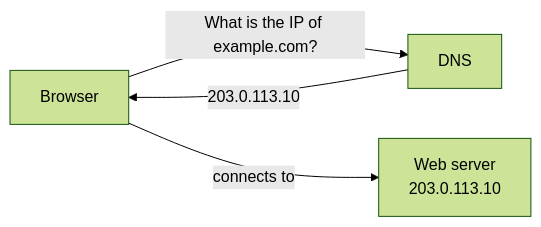
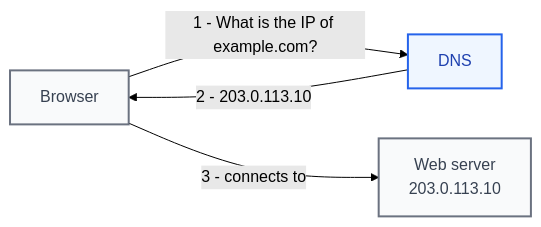
The diagram in docs/diagrams/source/dgm-10-dns-resolution.mmd (kiavash599/conduit-control-center), drawn with Mermaid (forest theme) before and after one commit. The commit also changed other lines of this file and 36 other files, not shown here.

Commit message:
docs: add networking chapter diagrams

```diff
--- a/docs/diagrams/source/dgm-10-dns-resolution.mmd
+++ b/docs/diagrams/source/dgm-10-dns-resolution.mmd
@@ -1,5 +1,13 @@
-%% DGM-10 dns-resolution — the browser asks DNS for the IP of a name, then connects to it
+%% DGM-10 dns-resolution - the browser asks DNS for the IP of a name, then connects to it
 flowchart LR
-  B[Browser] -->|What is the IP of example.com?| DNS[DNS]
-  DNS -->|203.0.113.10| B
-  B -->|connects to| S[Web server<br/>203.0.113.10]
+  B[Browser] -->|1 - What is the IP of example.com?| DNS[DNS]
+  DNS -->|2 - 203.0.113.10| B
+  B -->|3 - connects to| S[Web server<br/>203.0.113.10]
+
+  classDef primary fill:#EFF6FF,stroke:#2563EB,color:#1E40AF,stroke-width:2px;
+  classDef neutral fill:#F9FAFB,stroke:#6B7280,color:#374151,stroke-width:2px;
+  classDef success fill:#F0FDF4,stroke:#16A34A,color:#166534,stroke-width:2px;
+  classDef warning fill:#FFFBEB,stroke:#D97706,color:#92400E,stroke-width:2px;
+  classDef danger  fill:#FEF2F2,stroke:#DC2626,color:#991B1B,stroke-width:2px;
+  class DNS primary;
+  class B,S neutral;
```
